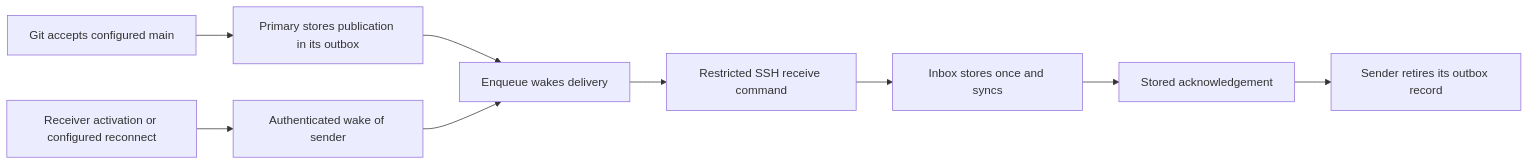
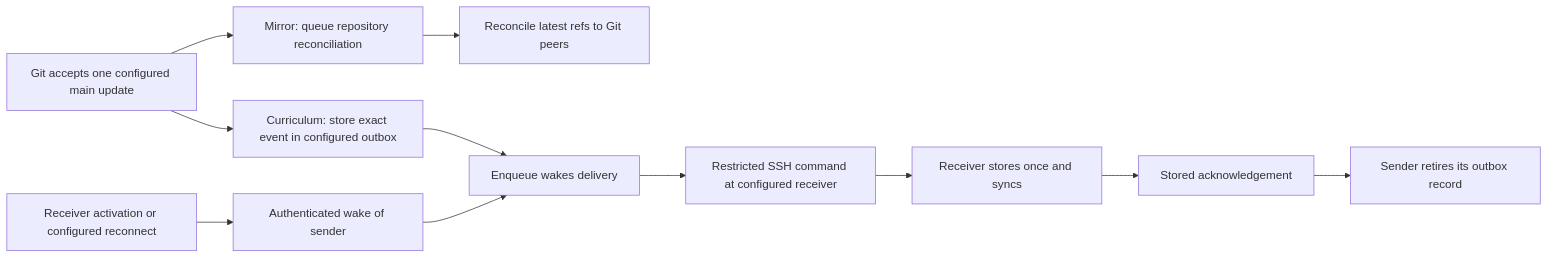
The diagram in checks/git-publication-delivery/design.md (LiGoldragon/CriomOS), drawn with Mermaid before and after one commit. The commit also changed other lines of this file, not shown here.

Commit message:
Explain the mirror and Curriculum routes for one Git event

````diff
--- a/checks/git-publication-delivery/design.md
+++ b/checks/git-publication-delivery/design.md
@@ -16,11 +20,13 @@
 ```mermaid
 flowchart LR
-    a["Git accepts configured main"] --> b["Primary stores publication in its outbox"]
+    a["Git accepts one configured main update"] --> m["Mirror: queue repository reconciliation"]
+    m --> n["Reconcile latest refs to Git peers"]
+    a --> b["Curriculum: store exact event in configured outbox"]
     b --> c["Enqueue wakes delivery"]
     r["Receiver activation or configured reconnect"] --> w["Authenticated wake of sender"]
     w --> c
-    c --> s["Restricted SSH receive command"]
-    s --> i["Inbox stores once and syncs"]
+    c --> s["Restricted SSH command at configured receiver"]
+    s --> i["Receiver stores once and syncs"]
     i --> k["Stored acknowledgement"]
     k --> x["Sender retires its outbox record"]
 ```
````
